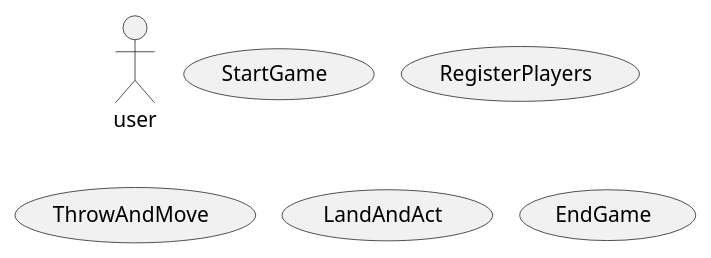
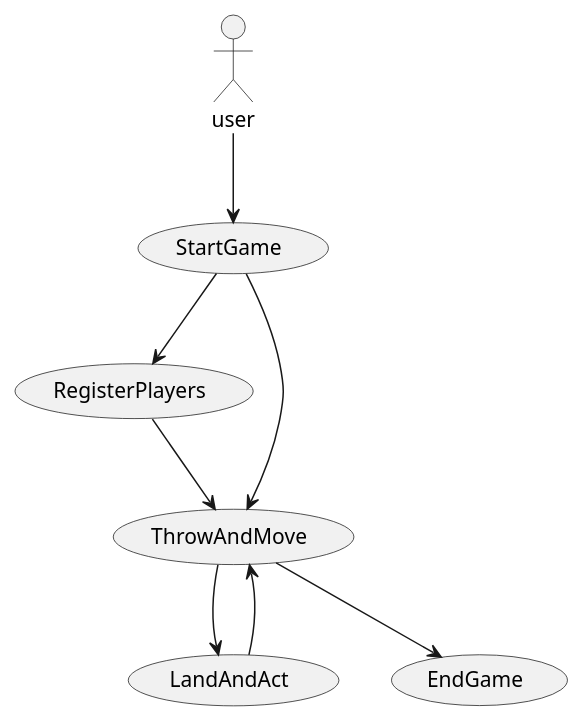
The diagram in doc/dynamic/use-cases.puml (Dat1Cphbusiness/MonopolyE26), drawn with PlantUML before and after one commit. The commit also changed 2 other files, not shown here.

Commit message:
use case diagramm

```diff
--- a/doc/dynamic/use-cases.puml
+++ b/doc/dynamic/use-cases.puml
@@ -1,16 +1,20 @@
 @startuml
-!pragma layout smetana
 
   actor user as u
 
 
   usecase "StartGame" as UC1
   usecase "RegisterPlayers" as UC2
   usecase "ThrowAndMove" as UC3
   usecase "LandAndAct" as UC4
   usecase "EndGame" as UC5
 
-
-
+u --> UC1
+UC1-->UC2
+UC2-->UC3
+UC3-->UC4
+UC4-->UC3
+UC3-->UC5
+UC1-->UC3
 
 @enduml
```
